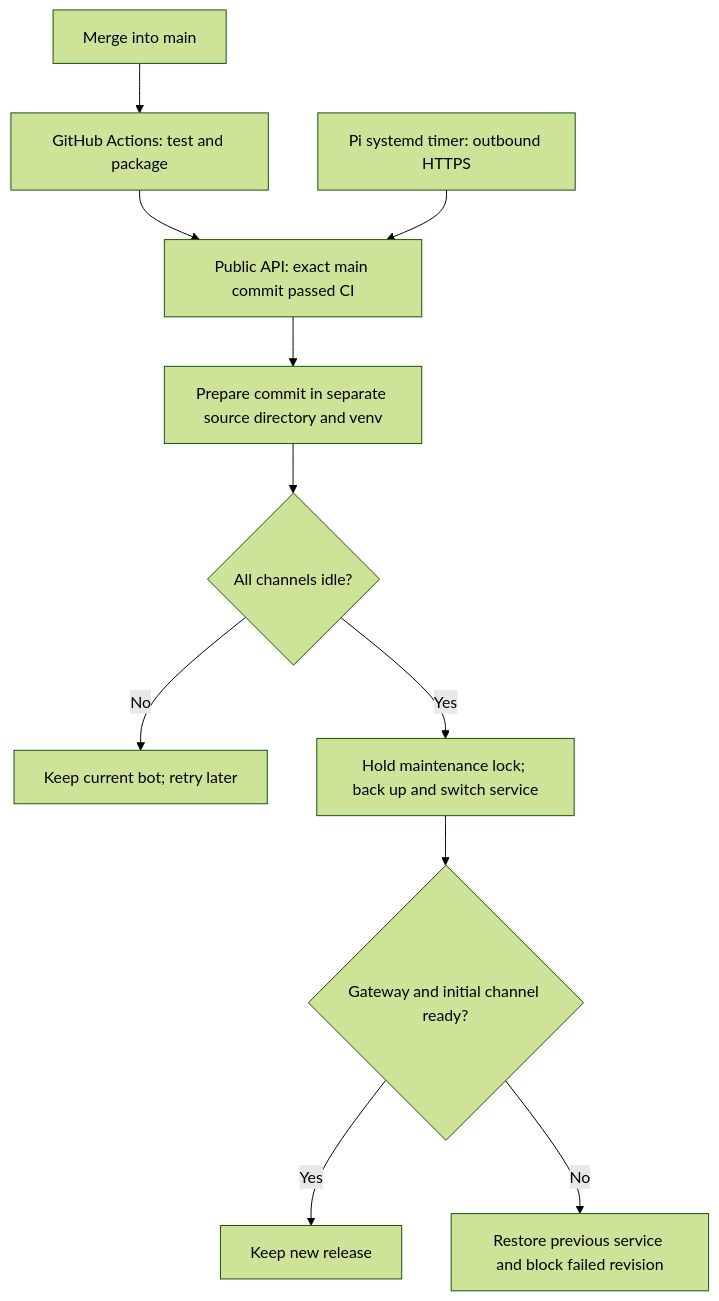
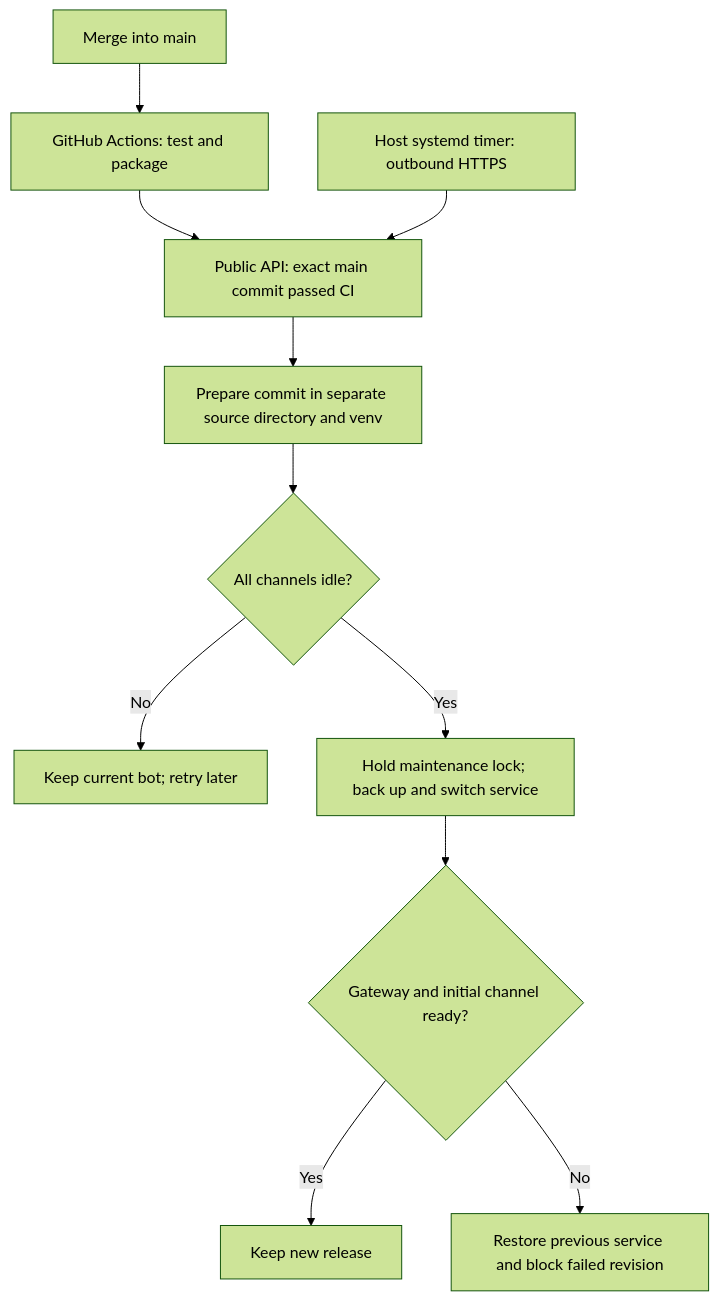
The diagram in docs/deployment.md (Jarom-W/discord-coding-agent), drawn with Mermaid (forest theme) before and after one commit. The commit also changed other lines of this file and 26 other files, not shown here.

````diff
--- a/docs/deployment.md
+++ b/docs/deployment.md
@@ -5,13 +5,13 @@
 ```mermaid
 flowchart TD
     M[Merge into main] --> CI[GitHub Actions: test and package]
     CI --> G[Public API: exact main commit passed CI]
-    P[Pi systemd timer: outbound HTTPS] --> G
+    P[Host systemd timer: outbound HTTPS] --> G
     G --> B[Prepare commit in separate source directory and venv]
     B --> I{All channels idle?}
     I -- No --> W[Keep current bot; retry later]
     I -- Yes --> S[Hold maintenance lock; back up and switch service]
     S --> H{Gateway and initial channel ready?}
     H -- Yes --> K[Keep new release]
     H -- No --> R[Restore previous service and block failed revision]
 ```
````
